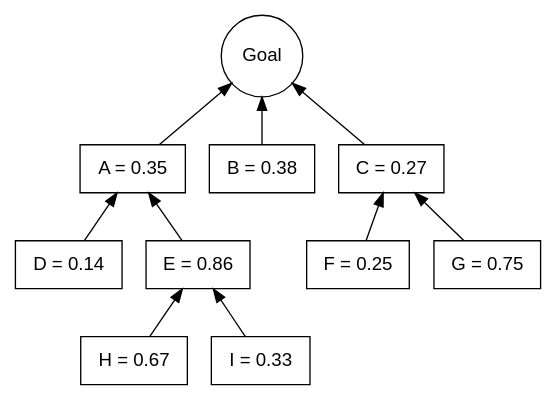
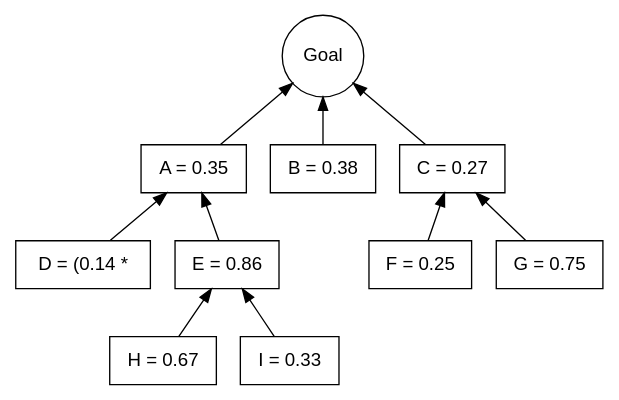
The diagram in ahp002.dot (blackwellrd/ahp_tool), drawn with Graphviz before and after one commit. The commit also changed 2 other files, not shown here.

```diff
--- a/ahp002.dot
+++ b/ahp002.dot
@@ -1,26 +1,26 @@
 digraph G {
     rankdir = BT;
 	
 	node [shape = circle, fontname = Helvetica]
 		Goal
 
 	node [shape = box, fontname = Helvetica]
 		A [label = "A = 0.35"];
 		B [label = "B = 0.38"];
 		C [label = "C = 0.27"];
-		D [label = "D = 0.14"];
+		D [label = "D = (0.14 * "];
 		E [label = "E = 0.86"];
 		F [label = "F = 0.25"];
 		G [label = "G = 0.75"];
 		H [label = "H = 0.67"];
 		I [label = "I = 0.33"];
 		
 		
 	edge [dir=""]
 		A->Goal; B->Goal; C->Goal;
 		D->A; E->A; F->C; G->C;
 		H->E; I->E;
 		
 
 
 }
```
